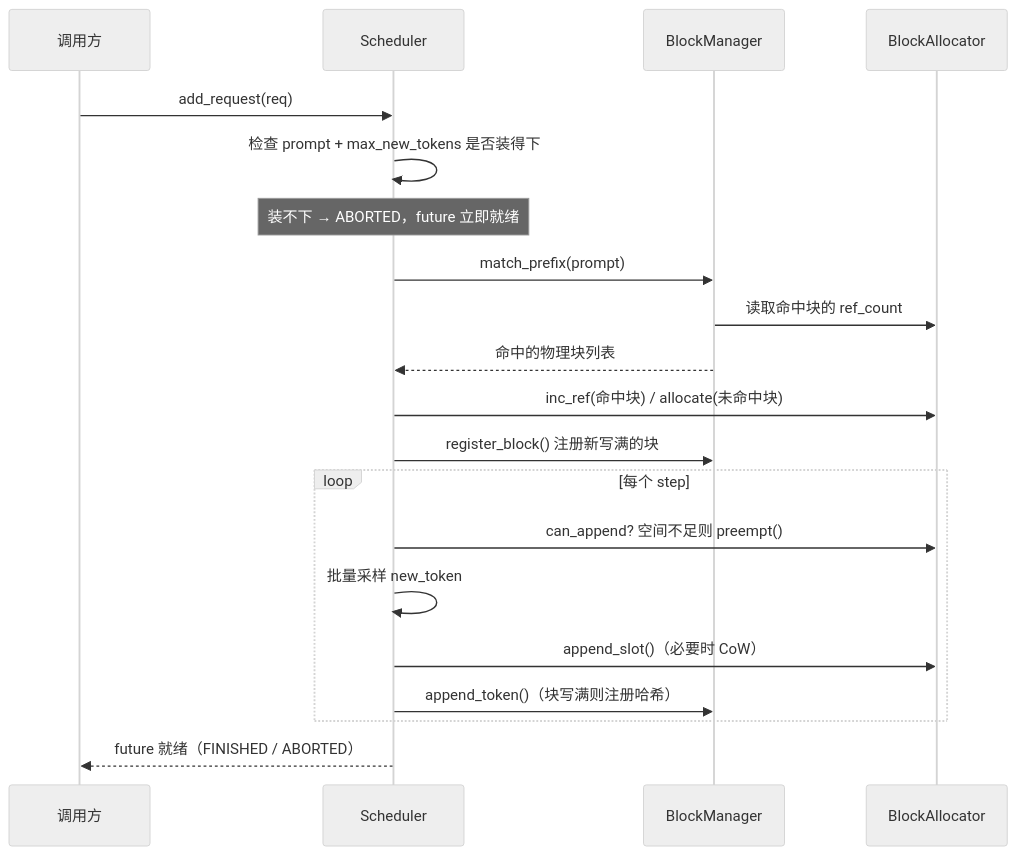
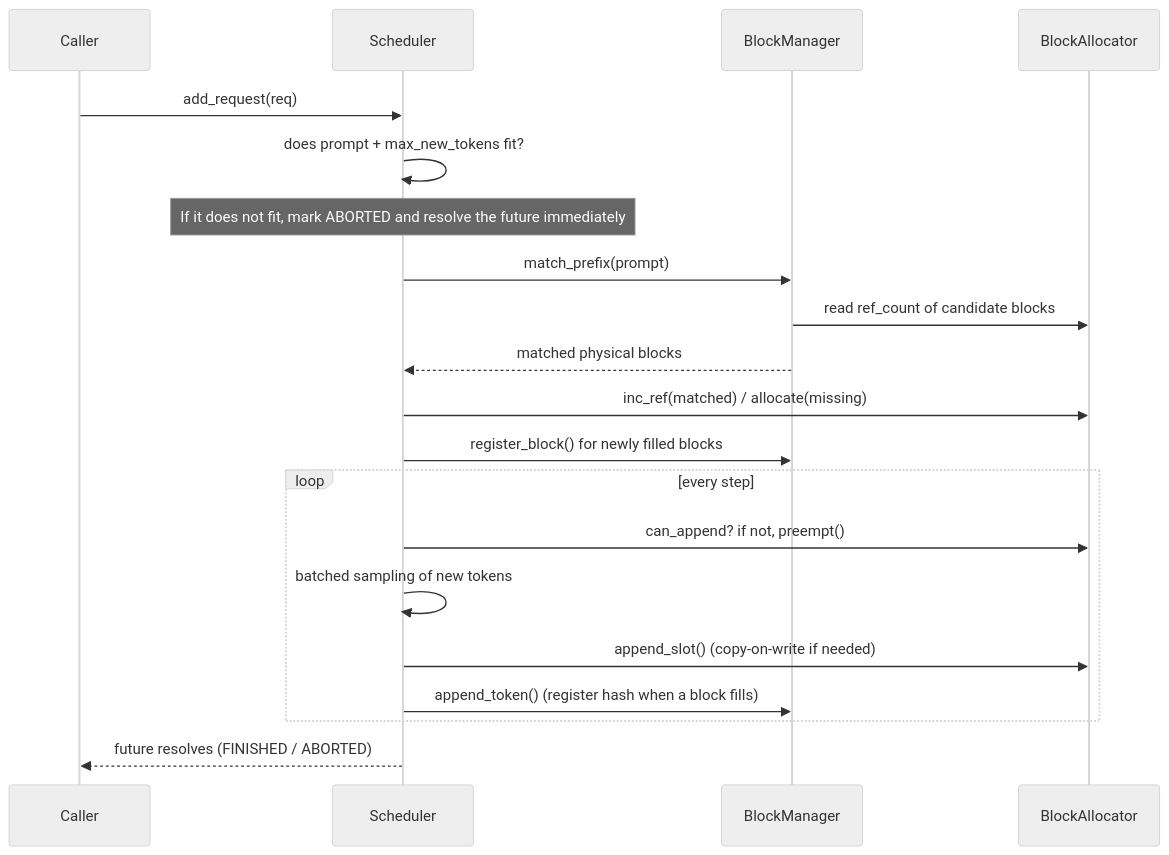
Before and after one commit to laoyeye831/learn-vllm-paged-kvcache: the second of 2 diagrams in README.md, drawn with Mermaid (neutral theme). The commit also changed other lines of this file and 1 other file, not shown here.

````diff
--- a/README.md
+++ b/README.md
@@ -60,23 +64,23 @@
 ```mermaid
 sequenceDiagram
-    participant C as 调用方
+    participant C as Caller
     participant S as Scheduler
     participant M as BlockManager
     participant A as BlockAllocator
 
     C->>S: add_request(req)
-    S->>S: 检查 prompt + max_new_tokens 是否装得下
-    Note over S: 装不下 → ABORTED，future 立即就绪
+    S->>S: does prompt + max_new_tokens fit?
+    Note over S: If it does not fit, mark ABORTED and resolve the future immediately
     S->>M: match_prefix(prompt)
-    M->>A: 读取命中块的 ref_count
-    M-->>S: 命中的物理块列表
-    S->>A: inc_ref(命中块) / allocate(未命中块)
-    S->>M: register_block() 注册新写满的块
-    loop 每个 step
-        S->>A: can_append? 空间不足则 preempt()
-        S->>S: 批量采样 new_token
-        S->>A: append_slot()（必要时 CoW）
-        S->>M: append_token()（块写满则注册哈希）
+    M->>A: read ref_count of candidate blocks
+    M-->>S: matched physical blocks
+    S->>A: inc_ref(matched) / allocate(missing)
+    S->>M: register_block() for newly filled blocks
+    loop every step
+        S->>A: can_append? if not, preempt()
+        S->>S: batched sampling of new tokens
+        S->>A: append_slot() (copy-on-write if needed)
+        S->>M: append_token() (register hash when a block fills)
     end
-    S-->>C: future 就绪（FINISHED / ABORTED）
+    S-->>C: future resolves (FINISHED / ABORTED)
 ```
````
